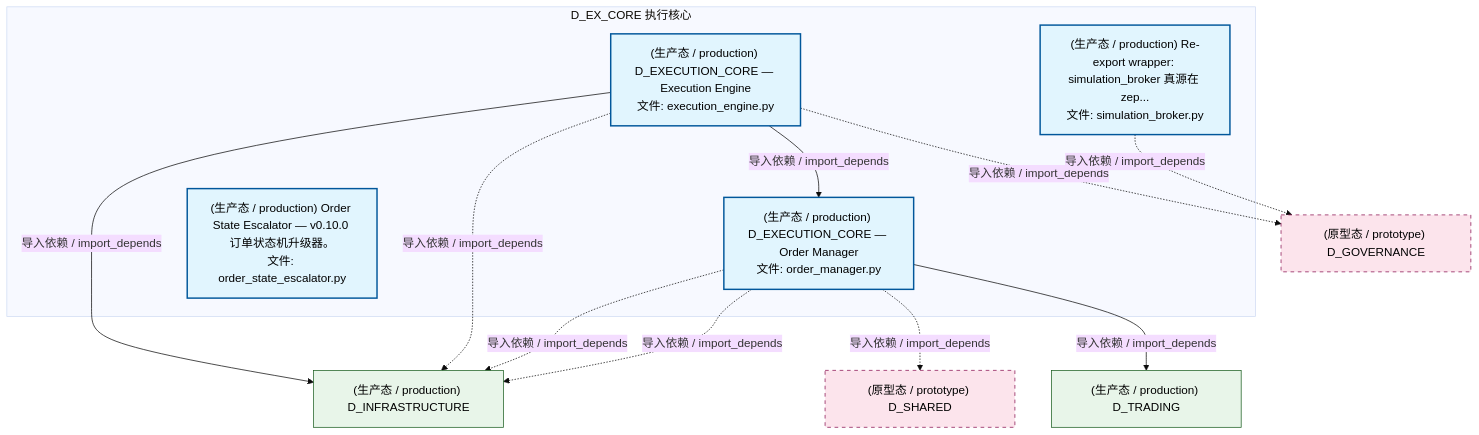
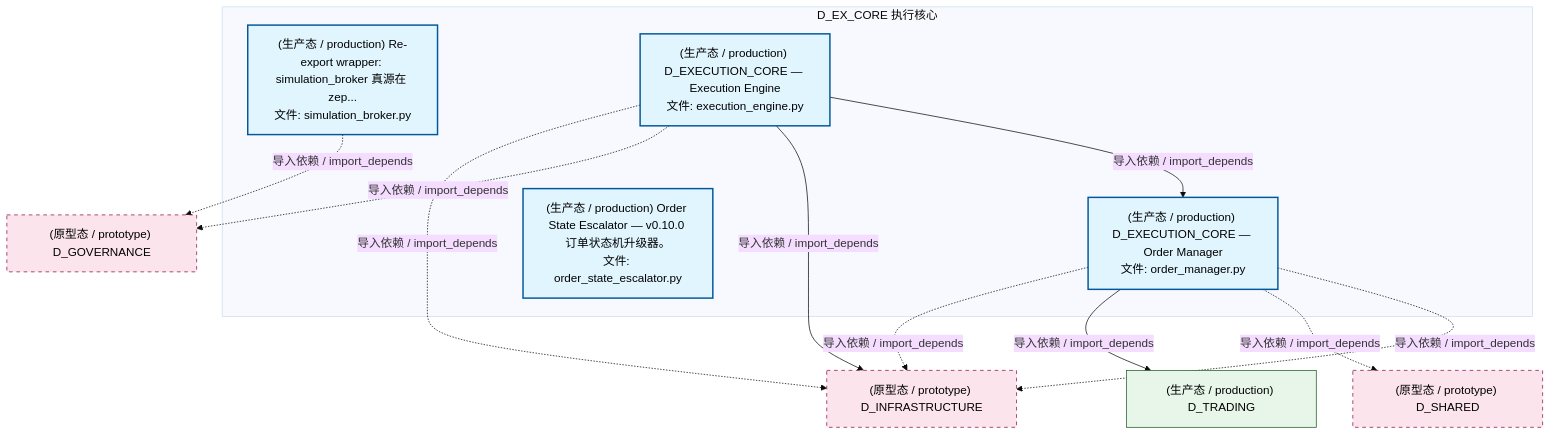
Before and after one commit to xuanFelixVan/ZephyrAlpha: the second of 5 diagrams in docs/02_enterprise_architecture/02_domain_architecture_docs/34_d_ex_core.md, drawn with Mermaid (base theme). The commit also changed other lines of this file and 99 other files, not shown here.

````diff
--- a/docs/02_enterprise_architecture/02_domain_architecture_docs/34_d_ex_core.md
+++ b/docs/02_enterprise_architecture/02_domain_architecture_docs/34_d_ex_core.md
@@ -126,29 +126,29 @@
 ```mermaid
 graph TD
     subgraph D_EX_CORE["D_EX_CORE 执行核心"]
         src_zephyr_ex_core_adapters_simulation_broker_py["(生产态 / production) Re-export wrapper: simulation_broker 真源在 zep...<br/>文件: simulation_broker.py"]
         src_zephyr_ex_core_execution_engine_py["(生产态 / production) D_EXECUTION_CORE — Execution Engine<br/>文件: execution_engine.py"]
         src_zephyr_ex_core_order_manager_py["(生产态 / production) D_EXECUTION_CORE — Order Manager<br/>文件: order_manager.py"]
         src_zephyr_governance_escalation_order_state_escalator_py["(生产态 / production) Order State Escalator — v0.10.0 订单状态机升级器。<br/>文件: order_state_escalator.py"]
     end
     src_zephyr_ex_core_execution_engine_py -->|导入依赖 / import_depends| src_zephyr_ex_core_order_manager_py
-    D_INFRASTRUCTURE["(生产态 / production) D_INFRASTRUCTURE"]
-    src_zephyr_ex_core_execution_engine_py -->|导入依赖 / import_depends| D_INFRASTRUCTURE
-    D_GOVERNANCE["(原型态 / prototype) D_GOVERNANCE"]
-    src_zephyr_ex_core_execution_engine_py -.->|导入依赖 / import_depends| D_GOVERNANCE
-    src_zephyr_ex_core_execution_engine_py -.->|导入依赖 / import_depends| D_INFRASTRUCTURE
-    src_zephyr_ex_core_adapters_simulation_broker_py -.->|导入依赖 / import_depends| D_GOVERNANCE
+    D_INFRASTRUCTURE["(原型态 / prototype) D_INFRASTRUCTURE"]
     src_zephyr_ex_core_order_manager_py -.->|导入依赖 / import_depends| D_INFRASTRUCTURE
     D_SHARED["(原型态 / prototype) D_SHARED"]
     src_zephyr_ex_core_order_manager_py -.->|导入依赖 / import_depends| D_SHARED
     D_TRADING["(生产态 / production) D_TRADING"]
     src_zephyr_ex_core_order_manager_py -->|导入依赖 / import_depends| D_TRADING
     src_zephyr_ex_core_order_manager_py -.->|导入依赖 / import_depends| D_INFRASTRUCTURE
+    src_zephyr_ex_core_execution_engine_py -->|导入依赖 / import_depends| D_INFRASTRUCTURE
+    D_GOVERNANCE["(原型态 / prototype) D_GOVERNANCE"]
+    src_zephyr_ex_core_execution_engine_py -.->|导入依赖 / import_depends| D_GOVERNANCE
+    src_zephyr_ex_core_execution_engine_py -.->|导入依赖 / import_depends| D_INFRASTRUCTURE
+    src_zephyr_ex_core_adapters_simulation_broker_py -.->|导入依赖 / import_depends| D_GOVERNANCE
     classDef production fill:#e1f5fe,stroke:#01579b,stroke-width:2px,color:#000
     classDef design fill:#fff3e0,stroke:#e65100,stroke-width:2px,color:#000,stroke-dasharray: 5 5
     classDef external_prod fill:#e8f5e9,stroke:#1b5e20,stroke-width:1px,color:#000
     classDef external_design fill:#fce4ec,stroke:#880e4f,stroke-width:1px,color:#000,stroke-dasharray: 5 5
     class src_zephyr_ex_core_adapters_simulation_broker_py,src_zephyr_ex_core_execution_engine_py,src_zephyr_ex_core_order_manager_py,src_zephyr_governance_escalation_order_state_escalator_py production
-    class D_INFRASTRUCTURE,D_TRADING external_prod
-    class D_GOVERNANCE,D_SHARED external_design
+    class D_TRADING external_prod
+    class D_INFRASTRUCTURE,D_SHARED,D_GOVERNANCE external_design
 ```
````
